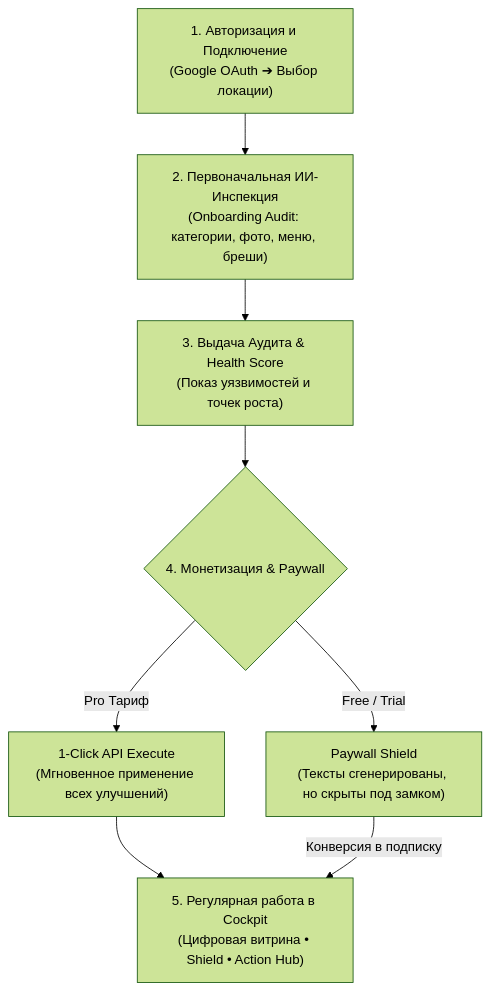
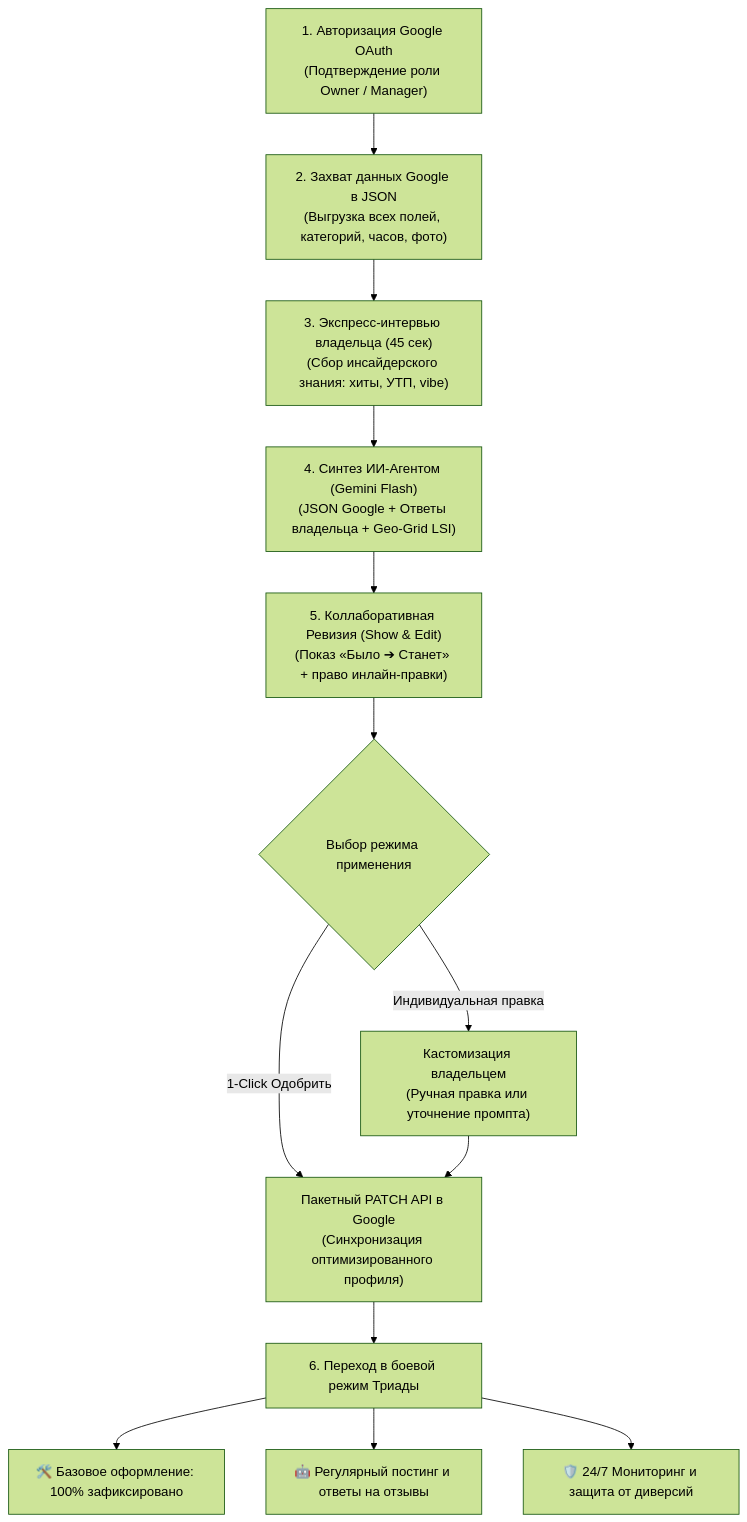
One commit to banzaimarketingdubai-dot/gbpilot-saas changed the second of 2 diagrams in Bible_SoT/08_JTBD_AND_CUSTOMER_SCENARIOS.md. Above: the diagram before and after it, drawn with Mermaid (forest theme). The commit also changed other lines of this file and 3 other files, not shown here.

Commit message:
feat(jtbd): incorporate Owner Ground Truth loop and collaborative editing into architecture, documentation, and UI

````diff
--- a/Bible_SoT/08_JTBD_AND_CUSTOMER_SCENARIOS.md
+++ b/Bible_SoT/08_JTBD_AND_CUSTOMER_SCENARIOS.md
@@ -299,10 +326,15 @@
 ```mermaid
 flowchart TD
-    A["1. Авторизация и Подключение<br/>(Google OAuth ➔ Выбор локации)"] --> B["2. Первоначальная ИИ-Инспекция<br/>(Onboarding Audit: категории, фото, меню, бреши)"]
-    B --> C["3. Выдача Аудита & Health Score<br/>(Показ уязвимостей и точек роста)"]
-    C --> D{"4. Монетизация & Paywall"}
-    D -->|"Pro Тариф"| E["1-Click API Execute<br/>(Мгновенное применение всех улучшений)"]
-    D -->|"Free / Trial"| F["Paywall Shield<br/>(Тексты сгенерированы, но скрыты под замком)"]
-    E --> G["5. Регулярная работа в Cockpit<br/>(Цифровая витрина • Shield • Action Hub)"]
-    F -->|"Конверсия в подписку"| G
+    A["1. Авторизация Google OAuth<br/>(Подтверждение роли Owner / Manager)"] --> B["2. Захват данных Google в JSON<br/>(Выгрузка всех полей, категорий, часов, фото)"]
+    B --> C["3. Экспресс-интервью владельца (45 сек)<br/>(Сбор инсайдерского знания: хиты, УТП, vibe)"]
+    C --> D["4. Синтез ИИ-Агентом (Gemini Flash)<br/>(JSON Google + Ответы владельца + Geo-Grid LSI)"]
+    D --> E["5. Коллаборативная Ревизия (Show & Edit)<br/>(Показ «Было ➔ Станет» + право инлайн-правки)"]
+    E --> F{"Выбор режима применения"}
+    F -->|"1-Click Одобрить"| G["Пакетный PATCH API в Google<br/>(Синхронизация оптимизированного профиля)"]
+    F -->|"Индивидуальная правка"| H["Кастомизация владельцем<br/>(Ручная правка или уточнение промпта)"]
+    H --> G
+    G --> I["6. Переход в боевой режим Триады"]
+    I --> J["🛠️ Базовое оформление: 100% зафиксировано"]
+    I --> K["🤖 Регулярный постинг и ответы на отзывы"]
+    I --> L["🛡️ 24/7 Мониторинг и защита от диверсий"]
 ```
````
